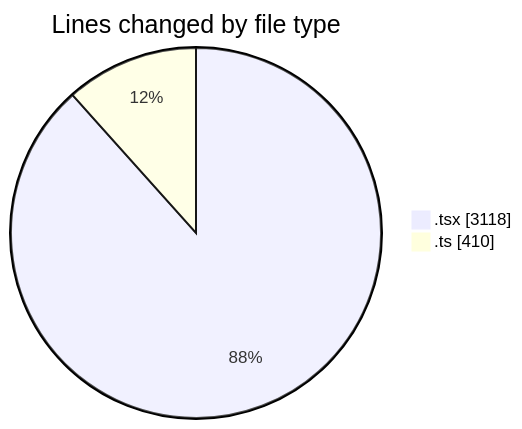
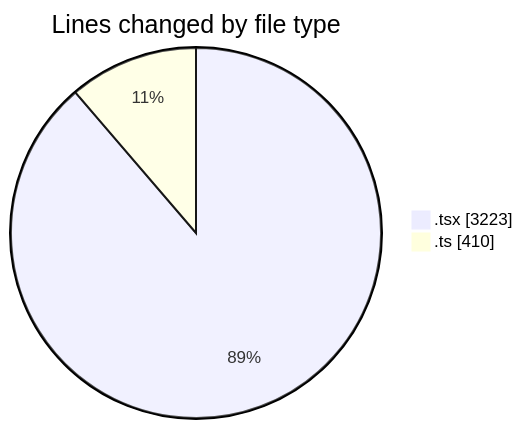
The first of 2 diagrams in 2025-03-07/mbc-web/README.md (robertbonfada/code-tracking), drawn with Mermaid before and after one commit. The commit also changed other lines of this file and 1 other file, not shown here.

````diff
--- a/2025-03-07/mbc-web/README.md
+++ b/2025-03-07/mbc-web/README.md
@@ -31,6 +31,6 @@
 ```mermaid
 pie showData
 title Lines changed by file type
-".tsx" : 3118
+".tsx" : 3223
 ".ts" : 410
 ```
````
